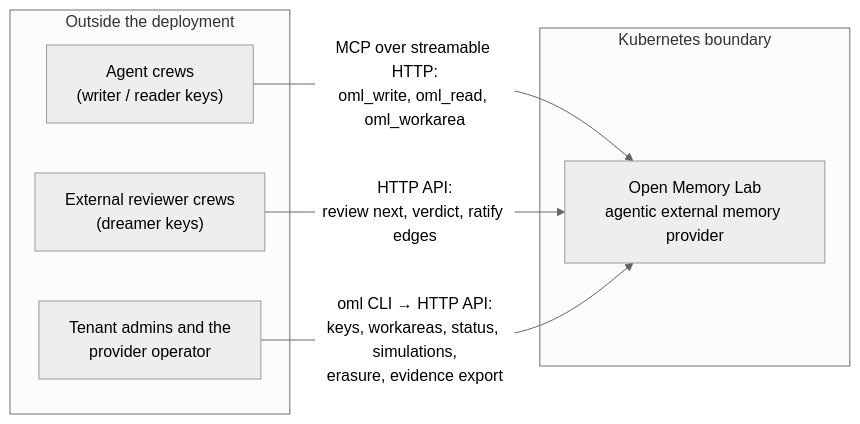
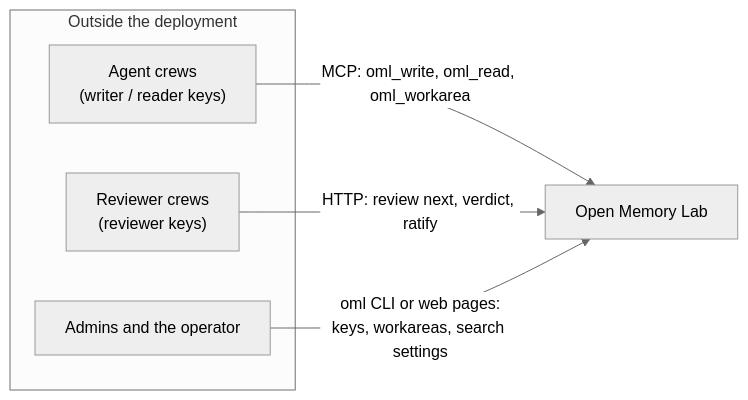
One commit to e8kor/open-memory-lab changed the first of 6 diagrams in docs/architecture/overview.md. Above: the diagram before and after it, drawn with Mermaid (neutral theme). The commit also changed other lines of this file and 67 other files, not shown here.

Commit message:
docs: round 1 fixes: new quickstart, held-write, limits and glossary pages; seven tabs; trimmed and corrected pages; generated references checked in CI

````diff
--- a/docs/architecture/overview.md
+++ b/docs/architecture/overview.md
@@ -51,14 +27,12 @@
 ```mermaid
 flowchart LR
     subgraph outside ["Outside the deployment"]
         AG["Agent crews<br/>(writer / reader keys)"]
-        RC["External reviewer crews<br/>(dreamer keys)"]
-        AD["Tenant admins and the<br/>provider operator"]
+        RC["Reviewer crews<br/>(reviewer keys)"]
+        AD["Admins and the operator"]
     end
-    subgraph k8s ["Kubernetes boundary"]
-        OML["Open Memory Lab<br/>agentic external memory provider"]
-    end
-    AG -- "MCP over streamable HTTP:<br/>oml_write, oml_read, oml_workarea" --> OML
-    RC -- "HTTP API:<br/>review next, verdict, ratify edges" --> OML
-    AD -- "oml CLI → HTTP API:<br/>keys, workareas, status, simulations,<br/>erasure, evidence export" --> OML
+    OML["Open Memory Lab"]
+    AG -- "MCP: oml_write, oml_read, oml_workarea" --> OML
+    RC -- "HTTP: review next, verdict, ratify" --> OML
+    AD -- "oml CLI or web pages:<br/>keys, workareas, search settings" --> OML
 ```
````
